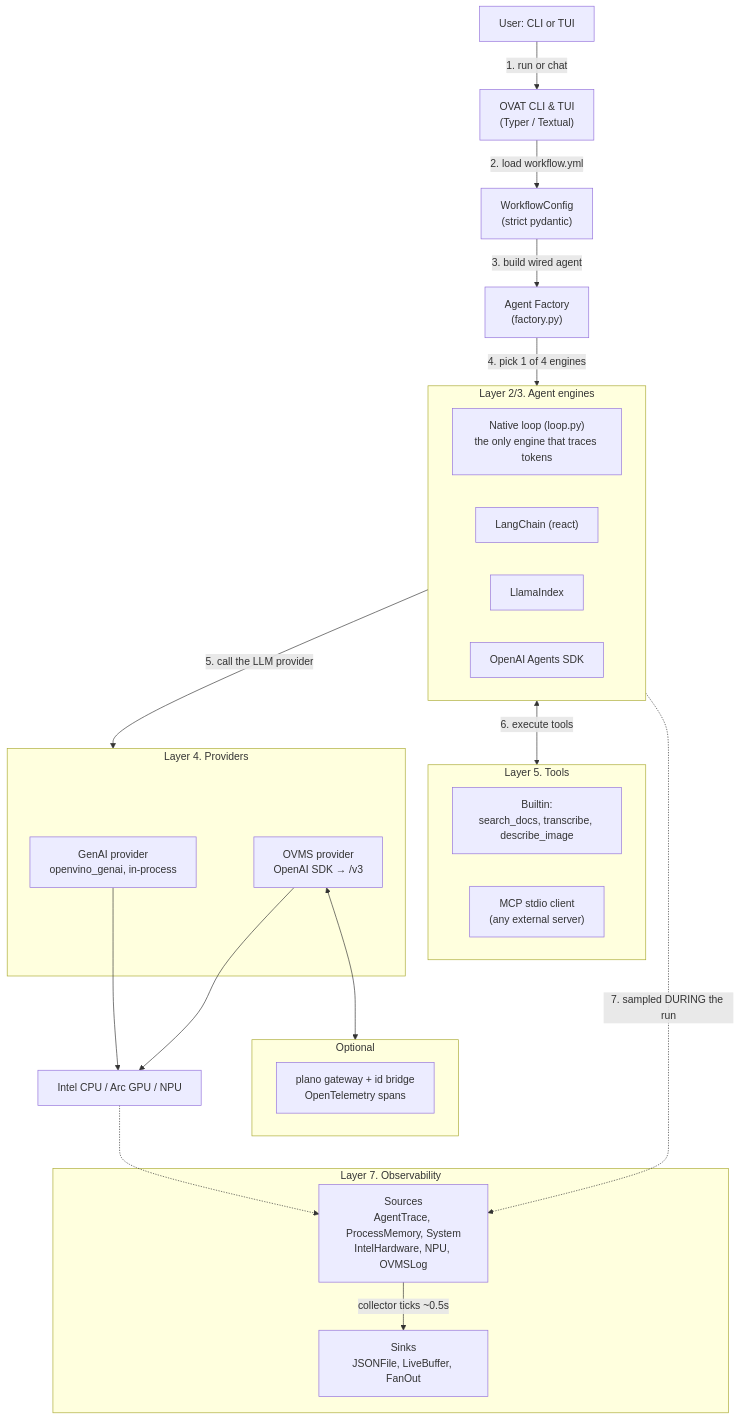
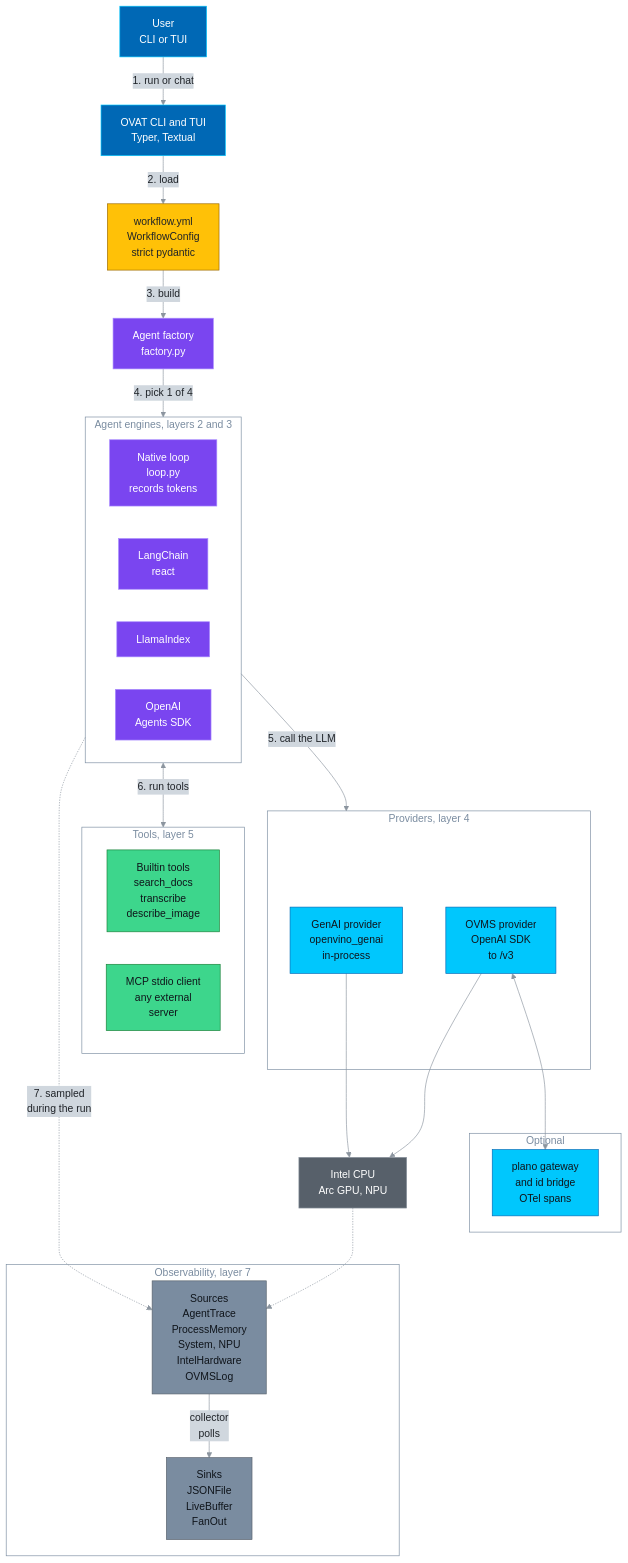
The first of 11 diagrams in docs/ARCHITECTURE.md (Lagmator22/ovat), drawn with Mermaid before and after one commit. The commit also changed other lines of this file and 1 other file, not shown here.

First line of the commit message:
docs: colour the Mermaid diagrams and fix labels that were cut off

````diff
--- a/docs/ARCHITECTURE.md
+++ b/docs/ARCHITECTURE.md
@@ -87,44 +87,60 @@
 ```mermaid
+%%{init: {"theme": "base", "themeVariables": {"primaryColor": "#D0D7DE", "primaryTextColor": "#1F2328", "primaryBorderColor": "#8C959F", "lineColor": "#8C959F", "textColor": "#1F2328", "edgeLabelBackground": "#D0D7DE", "clusterBkg": "transparent", "clusterBorder": "#7A8CA0", "titleColor": "#7A8CA0"}}}%%
 flowchart TD
-    User["User: CLI or TUI"] -->|"1. run or chat"| CLI["OVAT CLI & TUI<br/>(Typer / Textual)"]
-    CLI -->|"2. load workflow.yml"| Config["WorkflowConfig<br/>(strict pydantic)"]
-    Config -->|"3. build wired agent"| Factory["Agent Factory<br/>(factory.py)"]
-    Factory -->|"4. pick 1 of 4 engines"| Engines
+    User["User<br/>CLI or TUI"] -->|"1. run or chat"| CLI["OVAT CLI and TUI<br/>Typer, Textual"]
+    CLI -->|"2. load"| Config["workflow.yml<br/>WorkflowConfig<br/>strict pydantic"]
+    Config -->|"3. build"| Factory["Agent factory<br/>factory.py"]
+    Factory -->|"4. pick 1 of 4"| Engines
 
-    subgraph Engines ["Layer 2/3. Agent engines"]
-        Native["Native loop (loop.py)<br/>the only engine that traces tokens"]
-        LangChain["LangChain (react)"]
+    subgraph Engines ["Agent engines, layers 2 and 3"]
+        Native["Native loop<br/>loop.py<br/>records tokens"]
+        LangChain["LangChain<br/>react"]
         LlamaIndex["LlamaIndex"]
-        OpenAIAgents["OpenAI Agents SDK"]
+        OpenAIAgents["OpenAI<br/>Agents SDK"]
     end
 
-    Engines -->|"5. call the LLM provider"| Providers
-    Engines <-->|"6. execute tools"| Tools
+    Engines -->|"5. call the LLM"| Providers
+    Engines <-->|"6. run tools"| Tools
 
-    subgraph Providers ["Layer 4. Providers"]
-        GenAI["GenAI provider<br/>openvino_genai, in-process"]
-        OVMS["OVMS provider<br/>OpenAI SDK → /v3"]
+    subgraph Providers ["Providers, layer 4"]
+        GenAI["GenAI provider<br/>openvino_genai<br/>in-process"]
+        OVMS["OVMS provider<br/>OpenAI SDK<br/>to /v3"]
     end
 
-    subgraph Tools ["Layer 5. Tools"]
-        Builtin["Builtin:<br/>search_docs, transcribe, describe_image"]
-        MCP["MCP stdio client<br/>(any external server)"]
+    subgraph Tools ["Tools, layer 5"]
+        Builtin["Builtin tools<br/>search_docs<br/>transcribe<br/>describe_image"]
+        MCP["MCP stdio client<br/>any external<br/>server"]
     end
 
     subgraph Gateway ["Optional"]
-        Plano["plano gateway + id bridge<br/>OpenTelemetry spans"]
+        Plano["plano gateway<br/>and id bridge<br/>OTel spans"]
     end
 
-    OVMS <--> Gateway
-    GenAI --> Hardware["Intel CPU / Arc GPU / NPU"]
+    OVMS <--> Plano
+    GenAI --> Hardware["Intel CPU<br/>Arc GPU, NPU"]
     OVMS --> Hardware
 
-    subgraph Telemetry ["Layer 7. Observability"]
-        Sources["Sources<br/>AgentTrace, ProcessMemory, System<br/>IntelHardware, NPU, OVMSLog"]
-        Sinks["Sinks<br/>JSONFile, LiveBuffer, FanOut"]
-        Sources -->|"collector ticks ~0.5s"| Sinks
+    subgraph Telemetry ["Observability, layer 7"]
+        Sources["Sources<br/>AgentTrace<br/>ProcessMemory<br/>System, NPU<br/>IntelHardware<br/>OVMSLog"]
+        Sinks["Sinks<br/>JSONFile<br/>LiveBuffer<br/>FanOut"]
+        Sources -->|"collector<br/>polls"| Sinks
     end
 
-    Engines -.->|"7. sampled DURING the run"| Sources
+    Engines -.->|"7. sampled<br/>during the run"| Sources
     Hardware -.-> Sources
+
+    classDef cli fill:#0068B5,stroke:#00C7FD,color:#FFFFFF
+    classDef config fill:#FFC107,stroke:#9A6700,color:#1F2328
+    classDef engine fill:#7A45F0,stroke:#A98BFF,color:#FFFFFF
+    classDef backend fill:#00C7FD,stroke:#0068B5,color:#0F141A
+    classDef tool fill:#3DD68C,stroke:#1A7F37,color:#0F141A
+    classDef telemetry fill:#7A8CA0,stroke:#57606A,color:#0F141A
+    classDef hw fill:#57606A,stroke:#8C959F,color:#FFFFFF
+    class User,CLI cli
+    class Config config
+    class Factory,Native,LangChain,LlamaIndex,OpenAIAgents engine
+    class GenAI,OVMS,Plano backend
+    class Builtin,MCP tool
+    class Sources,Sinks telemetry
+    class Hardware hw
 ```
````
